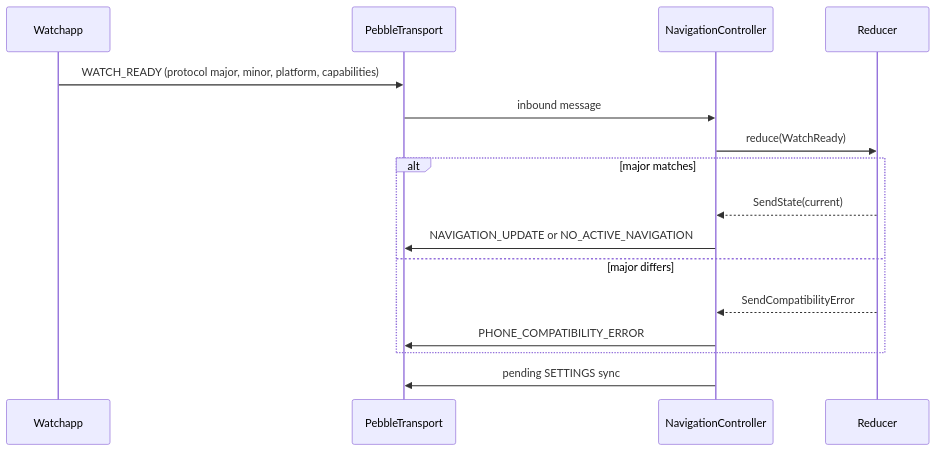
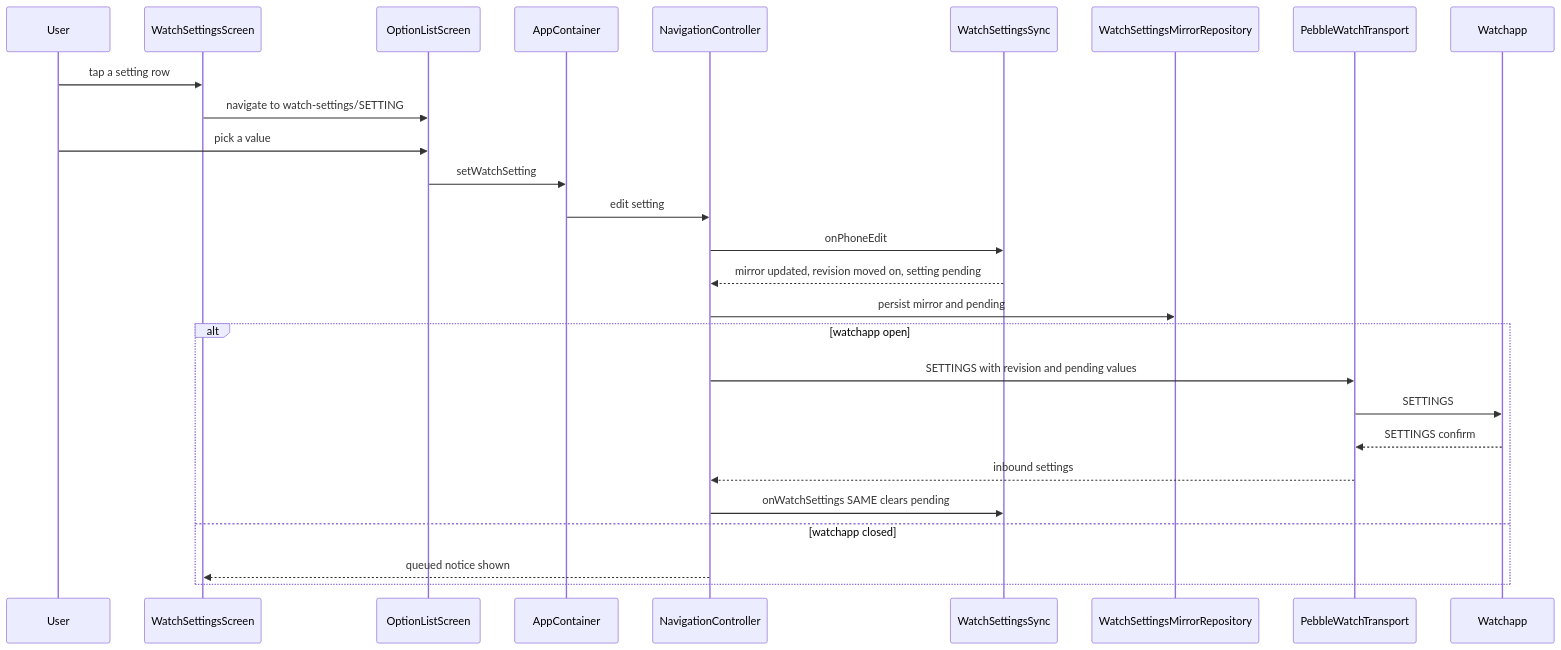
The third of 4 diagrams in aidlc/spaces/default/codekb/PebbleNTN/architecture.md (optio/PebbleNTN), drawn with Mermaid before and after one commit. The commit also changed other lines of this file and 48 other files, not shown here.

First line of the commit message:
feat: help text for every Watch settings row (#139)

````diff
--- a/aidlc/spaces/default/codekb/PebbleNTN/architecture.md
+++ b/aidlc/spaces/default/codekb/PebbleNTN/architecture.md
@@ -113,18 +101,29 @@
 ```mermaid
 sequenceDiagram
-    participant W as Watchapp
-    participant TR as PebbleTransport
-    participant NC as NavigationController
-    participant RD as Reducer
-    W->>TR: WATCH_READY (protocol major, minor, platform, capabilities)
-    TR->>NC: inbound message
-    NC->>RD: reduce(WatchReady)
-    alt major matches
-        RD-->>NC: SendState(current)
-        NC->>TR: NAVIGATION_UPDATE or NO_ACTIVE_NAVIGATION
-    else major differs
-        RD-->>NC: SendCompatibilityError
-        NC->>TR: PHONE_COMPATIBILITY_ERROR
-    end
-    NC->>TR: pending SETTINGS sync
+  participant U as User
+  participant WS as WatchSettingsScreen
+  participant OL as OptionListScreen
+  participant AC as AppContainer
+  participant C as NavigationController
+  participant Y as WatchSettingsSync
+  participant M as WatchSettingsMirrorRepository
+  participant T as PebbleWatchTransport
+  participant W as Watchapp
+  U->>WS: tap a setting row
+  WS->>OL: navigate to watch-settings/SETTING
+  U->>OL: pick a value
+  OL->>AC: setWatchSetting
+  AC->>C: edit setting
+  C->>Y: onPhoneEdit
+  Y-->>C: mirror updated, revision moved on, setting pending
+  C->>M: persist mirror and pending
+  alt watchapp open
+    C->>T: SETTINGS with revision and pending values
+    T->>W: SETTINGS
+    W-->>T: SETTINGS confirm
+    T-->>C: inbound settings
+    C->>Y: onWatchSettings SAME clears pending
+  else watchapp closed
+    C-->>WS: queued notice shown
+  end
 ```
````
